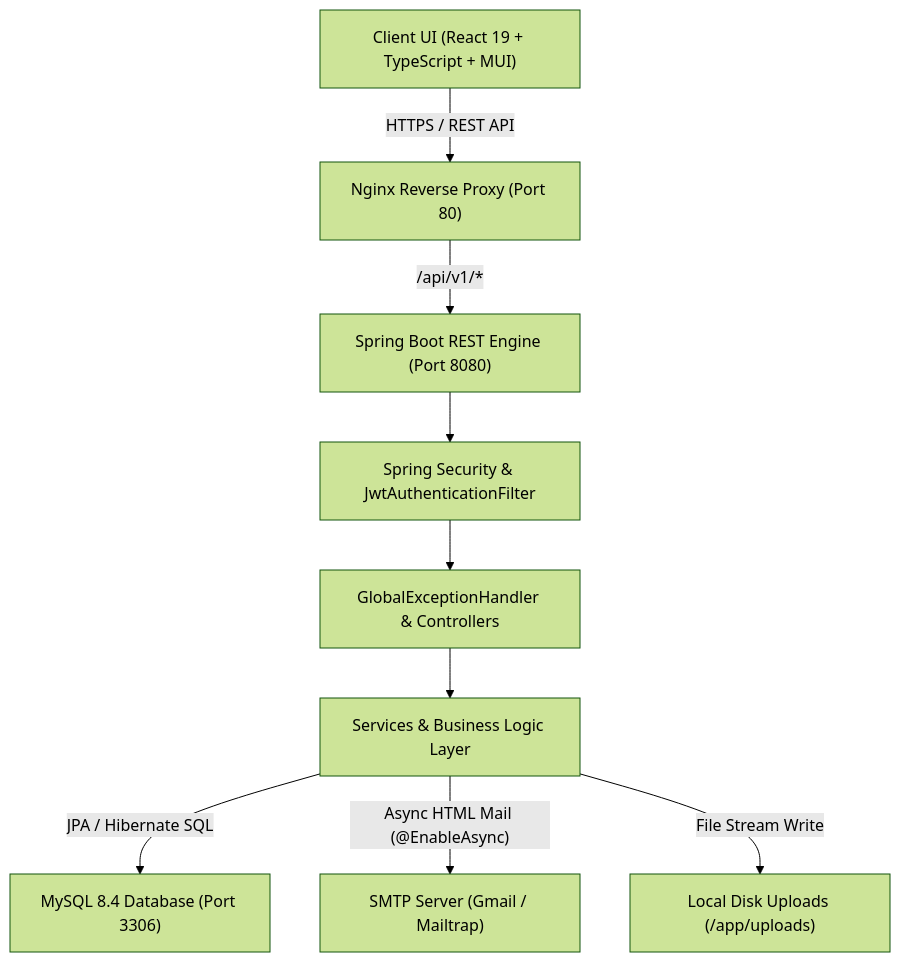
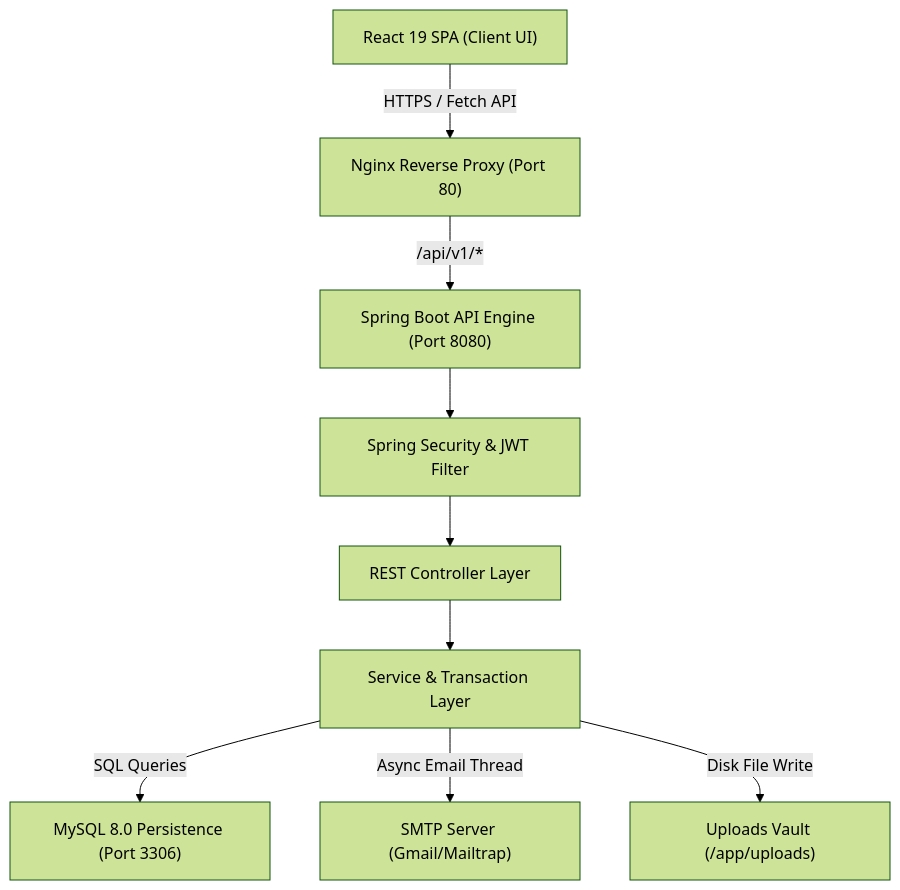
The first of 7 diagrams in README.md (Vishnupriya1426/Project-Management-system), drawn with Mermaid (forest theme) before and after one commit. The commit also changed other lines of this file, not shown here.

````diff
--- a/README.md
+++ b/README.md
@@ -80,11 +124,11 @@
 ```mermaid
 graph TD
-    A["Client UI (React 19 + TypeScript + MUI)"] -- "HTTPS / REST API" --> B["Nginx Reverse Proxy (Port 80)"]
-    B -- "/api/v1/*" --> C["Spring Boot REST Engine (Port 8080)"]
-    C --> D["Spring Security & JwtAuthenticationFilter"]
-    D --> E["GlobalExceptionHandler & Controllers"]
-    E --> F["Services & Business Logic Layer"]
-    F -- "JPA / Hibernate SQL" --> G["MySQL 8.4 Database (Port 3306)"]
-    F -- "Async HTML Mail (@EnableAsync)" --> H["SMTP Server (Gmail / Mailtrap)"]
-    F -- "File Stream Write" --> I["Local Disk Uploads (/app/uploads)"]
+    A["React 19 SPA (Client UI)"] -- "HTTPS / Fetch API" --> B["Nginx Reverse Proxy (Port 80)"]
+    B -- "/api/v1/*" --> C["Spring Boot API Engine (Port 8080)"]
+    C --> D["Spring Security & JWT Filter"]
+    D --> E["REST Controller Layer"]
+    E --> F["Service & Transaction Layer"]
+    F -- "SQL Queries" --> G["MySQL 8.0 Persistence (Port 3306)"]
+    F -- "Async Email Thread" --> H["SMTP Server (Gmail/Mailtrap)"]
+    F -- "Disk File Write" --> I["Uploads Vault (/app/uploads)"]
 ```
````
